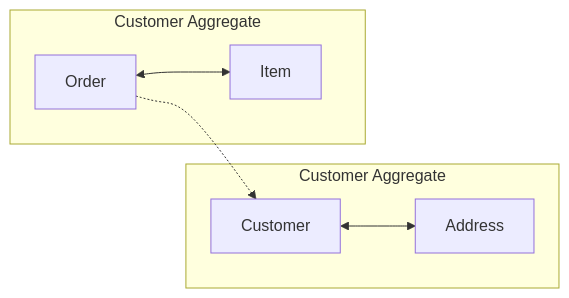
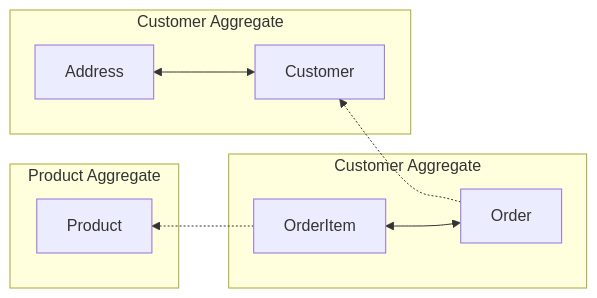
The diagram in Entity.md (lexdmm/patterns-ddd), drawn with Mermaid before and after one commit. The commit also changed other lines of this file and 5 other files, not shown here.

````diff
--- a/Entity.md
+++ b/Entity.md
@@ -79,10 +81,13 @@
 ```mermaid
-graph LR
+graph RL
   subgraph ide1 [Customer Aggregate]
   Customer<-->Address
   end
   subgraph ide2 [Customer Aggregate]
-  Order<-->Item
+  Order<-->OrderItem
+  end
+  subgraph ide3 [Product Aggregate]
+  OrderItem-.->Product
   end
   Order-.->Customer
 ```
````
